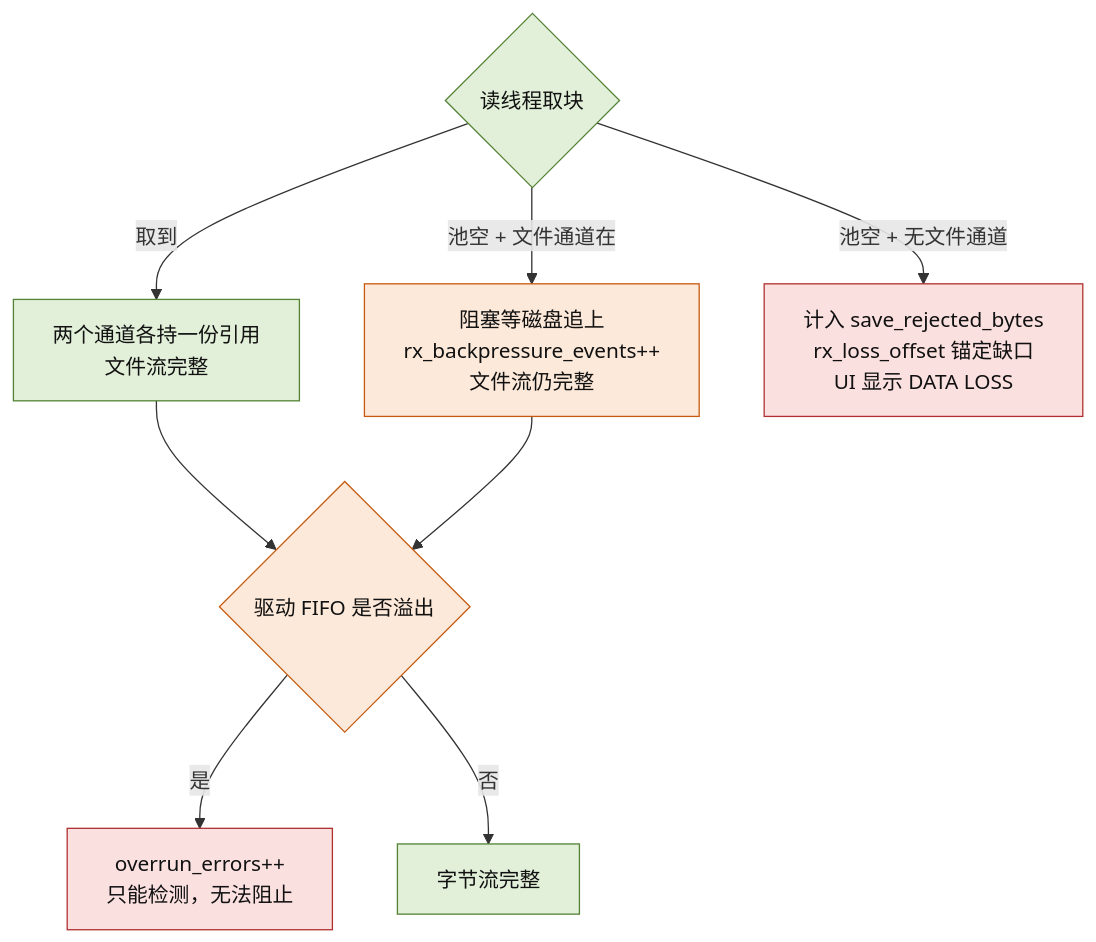
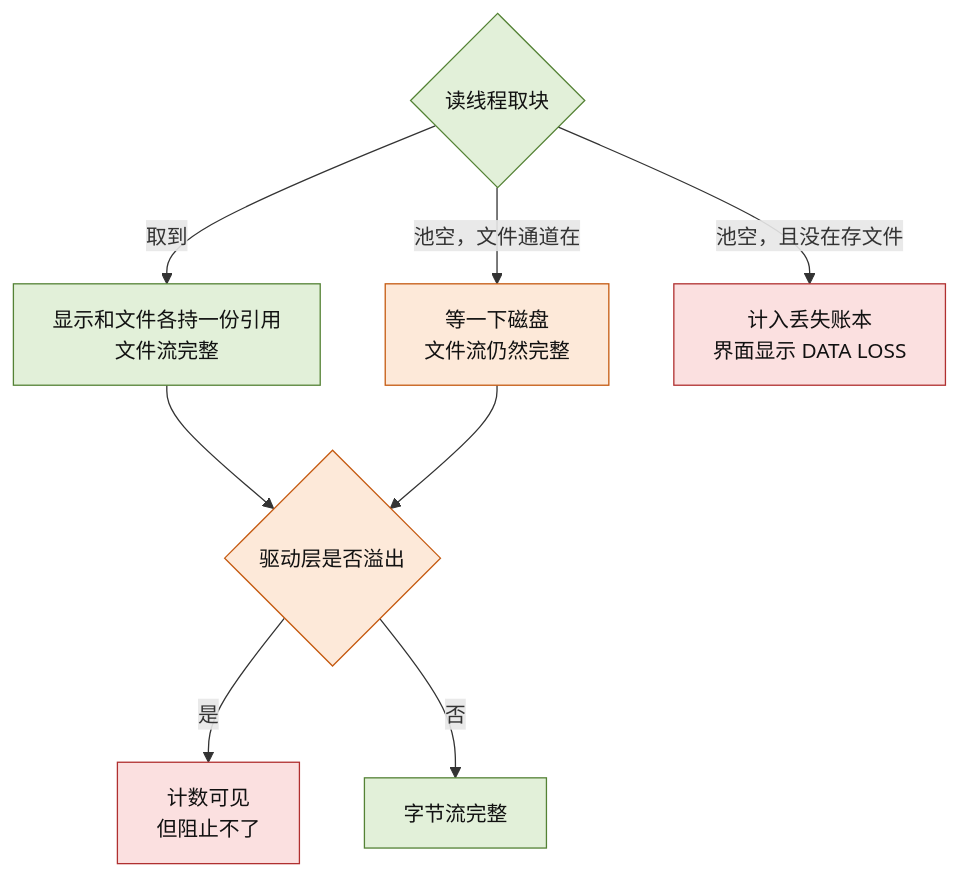
The third of 3 diagrams in docs/technical-overview.md (DeguiLiu/xcom_lua), drawn with Mermaid before and after one commit. The commit also changed other lines of this file, not shown here.

````diff
--- a/docs/technical-overview.md
+++ b/docs/technical-overview.md
@@ -95,15 +108,15 @@
 ```mermaid
 flowchart TD
   classDef ok fill:#E2F0D9,stroke:#548235,color:#111
   classDef warn fill:#FDE9D9,stroke:#C55A11,color:#111
   classDef bad fill:#FBE0E0,stroke:#B03030,color:#111
 
   Q{"读线程取块"}:::ok
-  Q -->|"取到"| OK["两个通道各持一份引用<br/>文件流完整"]:::ok
-  Q -->|"池空 + 文件通道在"| BP["阻塞等磁盘追上<br/>rx_backpressure_events++<br/>文件流仍完整"]:::warn
-  Q -->|"池空 + 无文件通道"| LOSS["计入 save_rejected_bytes<br/>rx_loss_offset 锚定缺口<br/>UI 显示 DATA LOSS"]:::bad
-  OK --> DRV{"驱动 FIFO 是否溢出"}:::warn
+  Q -->|"取到"| OK["显示和文件各持一份引用<br/>文件流完整"]:::ok
+  Q -->|"池空，文件通道在"| BP["等一下磁盘<br/>文件流仍然完整"]:::warn
+  Q -->|"池空，且没在存文件"| LOSS["计入丢失账本<br/>界面显示 DATA LOSS"]:::bad
+  OK --> DRV{"驱动层是否溢出"}:::warn
   BP --> DRV
-  DRV -->|是| OVR["overrun_errors++<br/>只能检测，无法阻止"]:::bad
+  DRV -->|是| OVR["计数可见<br/>但阻止不了"]:::bad
   DRV -->|否| CLEAN["字节流完整"]:::ok
 ```
````
